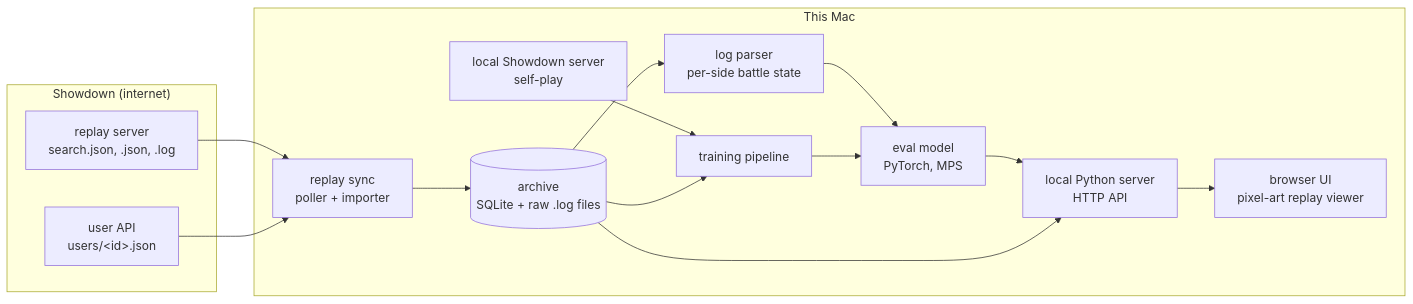
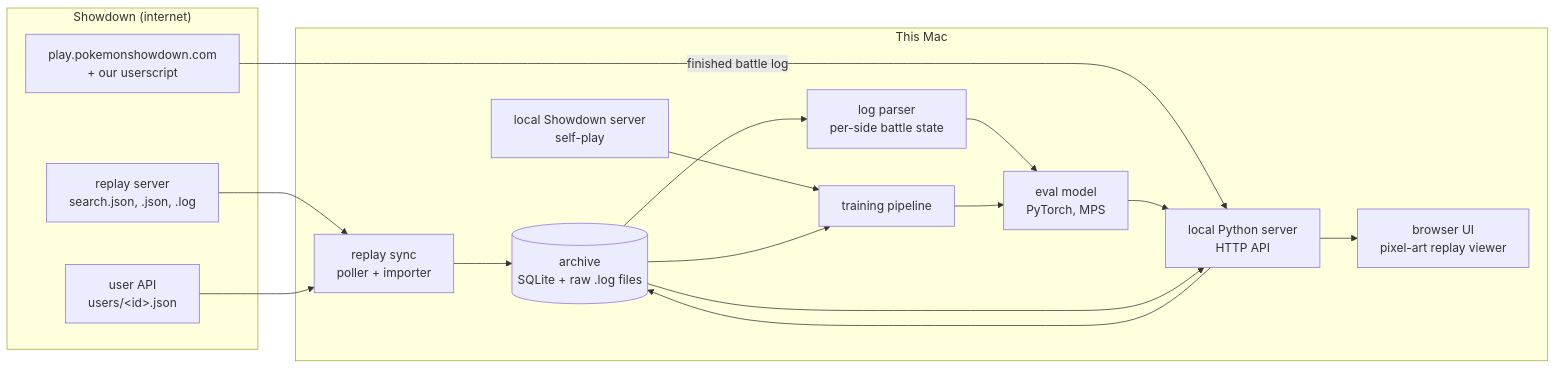
The diagram in vault/wiki/architecture.md (Codexee/showdown-game-review), drawn with Mermaid before and after one commit. The commit also changed other lines of this file and 12 other files, not shown here.

````diff
--- a/vault/wiki/architecture.md
+++ b/vault/wiki/architecture.md
@@ -13,25 +13,28 @@
 ```mermaid
 flowchart LR
   subgraph Showdown["Showdown (internet)"]
     RS[replay server<br/>search.json, .json, .log]
     US[user API<br/>users/&lt;id&gt;.json]
+    CL[play.pokemonshowdown.com<br/>+ our userscript]
   end
   subgraph Local["This Mac"]
     SYNC[replay sync<br/>poller + importer]
     DB[(archive<br/>SQLite + raw .log files)]
     PARSE[log parser<br/>per-side battle state]
     MODEL[eval model<br/>PyTorch, MPS]
     API[local Python server<br/>HTTP API]
     UI[browser UI<br/>pixel-art replay viewer]
     PS[local Showdown server<br/>self-play]
     TRAIN[training pipeline]
   end
   RS --> SYNC
   US --> SYNC
+  CL -- finished battle log --> API
+  API --> DB
   SYNC --> DB
   DB --> PARSE --> MODEL
   MODEL --> API --> UI
   DB --> API
   PS --> TRAIN
   DB --> TRAIN --> MODEL
 ```
````
